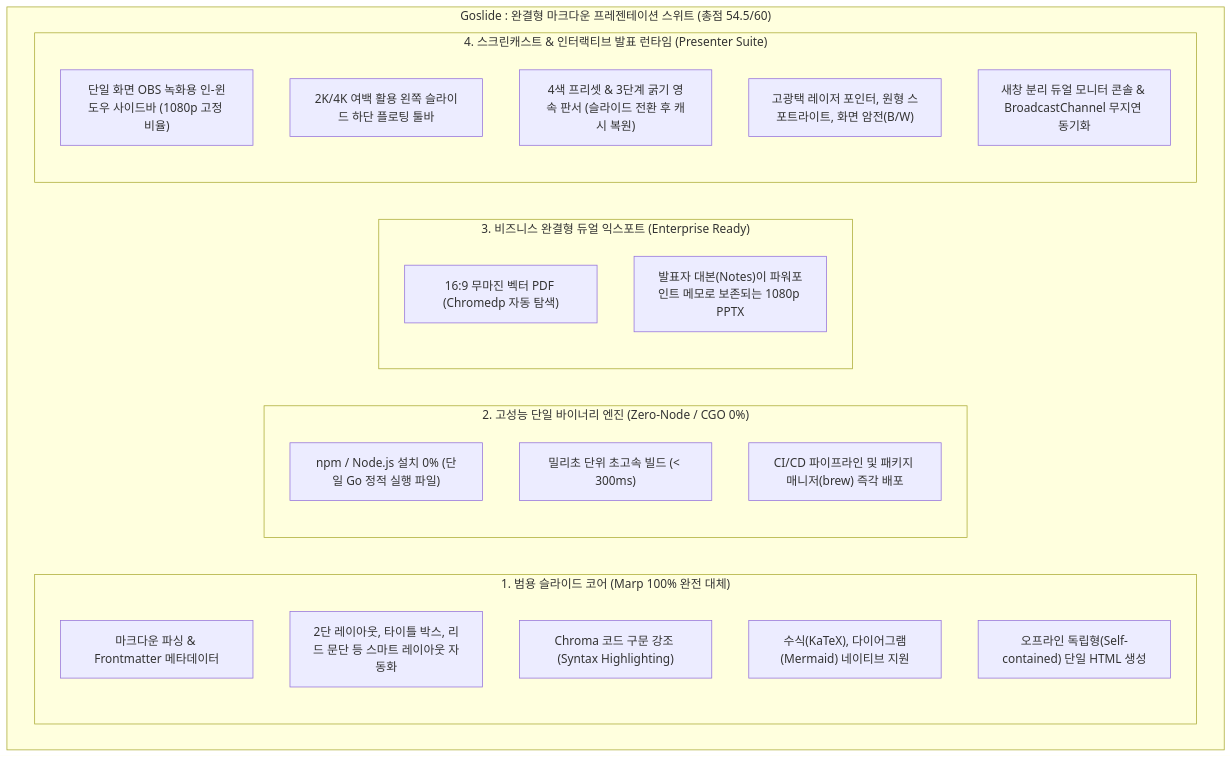
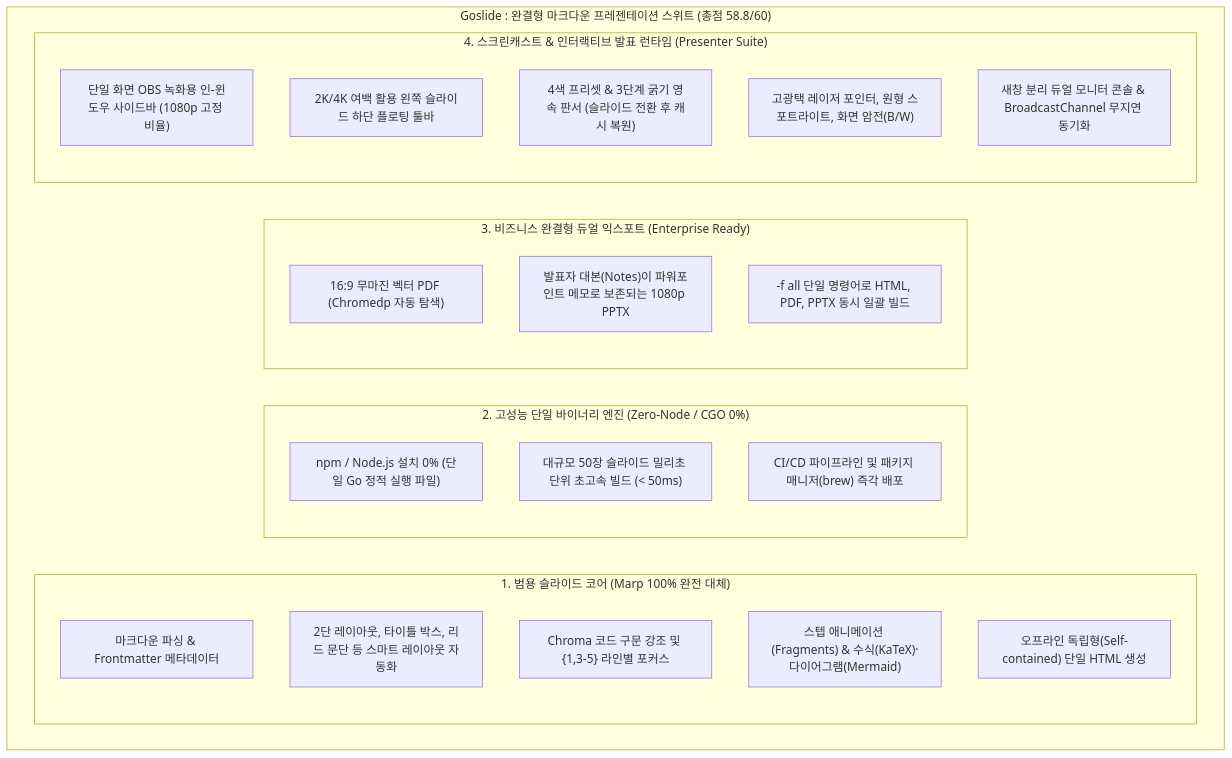
Before and after one commit to joincdream/goslide: the second of 2 diagrams in docs/competitive-analysis-and-strategy.md, drawn with Mermaid. The commit also changed other lines of this file and 8 other files, not shown here.

First line of the commit message:
docs: add cognitive complexity & well-architected reports and refactor transformAlerts

````diff
--- a/docs/competitive-analysis-and-strategy.md
+++ b/docs/competitive-analysis-and-strategy.md
@@ -99,28 +102,29 @@
 ```mermaid
 flowchart TD
-    subgraph Goslide["Goslide : 완결형 마크다운 프레젠테이션 스위트 (총점 54.5/60)"]
+    subgraph Goslide["Goslide : 완결형 마크다운 프레젠테이션 스위트 (총점 58.8/60)"]
         subgraph Layer1["1. 범용 슬라이드 코어 (Marp 100% 완전 대체)"]
             C1["마크다운 파싱 & Frontmatter 메타데이터"]
             C2["2단 레이아웃, 타이틀 박스, 리드 문단 등 스마트 레이아웃 자동화"]
-            C3["Chroma 코드 구문 강조 (Syntax Highlighting)"]
-            C4["수식(KaTeX), 다이어그램(Mermaid) 네이티브 지원"]
+            C3["Chroma 코드 구문 강조 및 {1,3-5} 라인별 포커스"]
+            C4["스텝 애니메이션 (Fragments) & 수식(KaTeX)·다이어그램(Mermaid)"]
             C5["오프라인 독립형(Self-contained) 단일 HTML 생성"]
         end
         subgraph Layer2["2. 고성능 단일 바이너리 엔진 (Zero-Node / CGO 0%)"]
             B1["npm / Node.js 설치 0% (단일 Go 정적 실행 파일)"]
-            B2["밀리초 단위 초고속 빌드 (< 300ms)"]
+            B2["대규모 50장 슬라이드 밀리초 단위 초고속 빌드 (< 50ms)"]
             B3["CI/CD 파이프라인 및 패키지 매니저(brew) 즉각 배포"]
         end
         subgraph Layer3["3. 비즈니스 완결형 듀얼 익스포트 (Enterprise Ready)"]
             E1["16:9 무마진 벡터 PDF (Chromedp 자동 탐색)"]
             E2["발표자 대본(Notes)이 파워포인트 메모로 보존되는 1080p PPTX"]
+            E3["-f all 단일 명령어로 HTML, PDF, PPTX 동시 일괄 빌드"]
         end
         subgraph Layer4["4. 스크린캐스트 & 인터랙티브 발표 런타임 (Presenter Suite)"]
             R1["단일 화면 OBS 녹화용 인-윈도우 사이드바 (1080p 고정 비율)"]
             R2["2K/4K 여백 활용 왼쪽 슬라이드 하단 플로팅 툴바"]
             R3["4색 프리셋 & 3단계 굵기 영속 판서 (슬라이드 전환 후 캐시 복원)"]
             R4["고광택 레이저 포인터, 원형 스포트라이트, 화면 암전(B/W)"]
             R5["새창 분리 듀얼 모니터 콘솔 & BroadcastChannel 무지연 동기화"]
         end
     end
 ```
````
